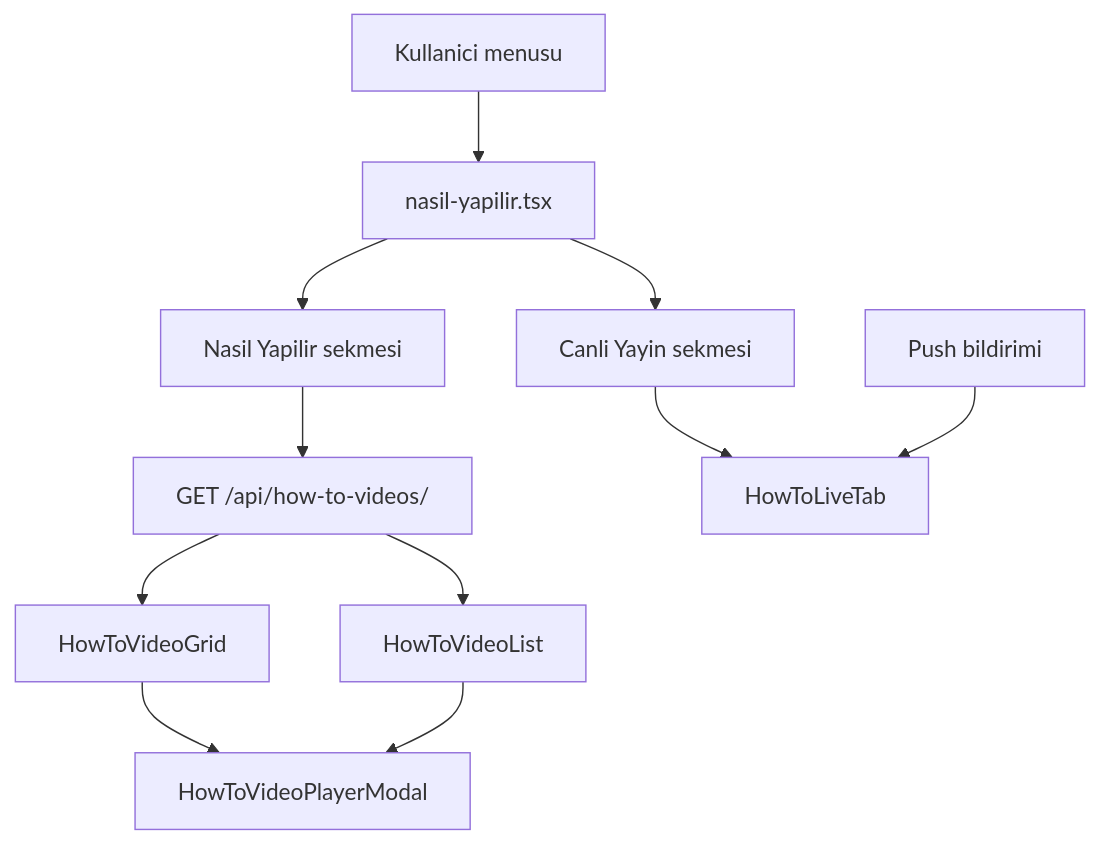
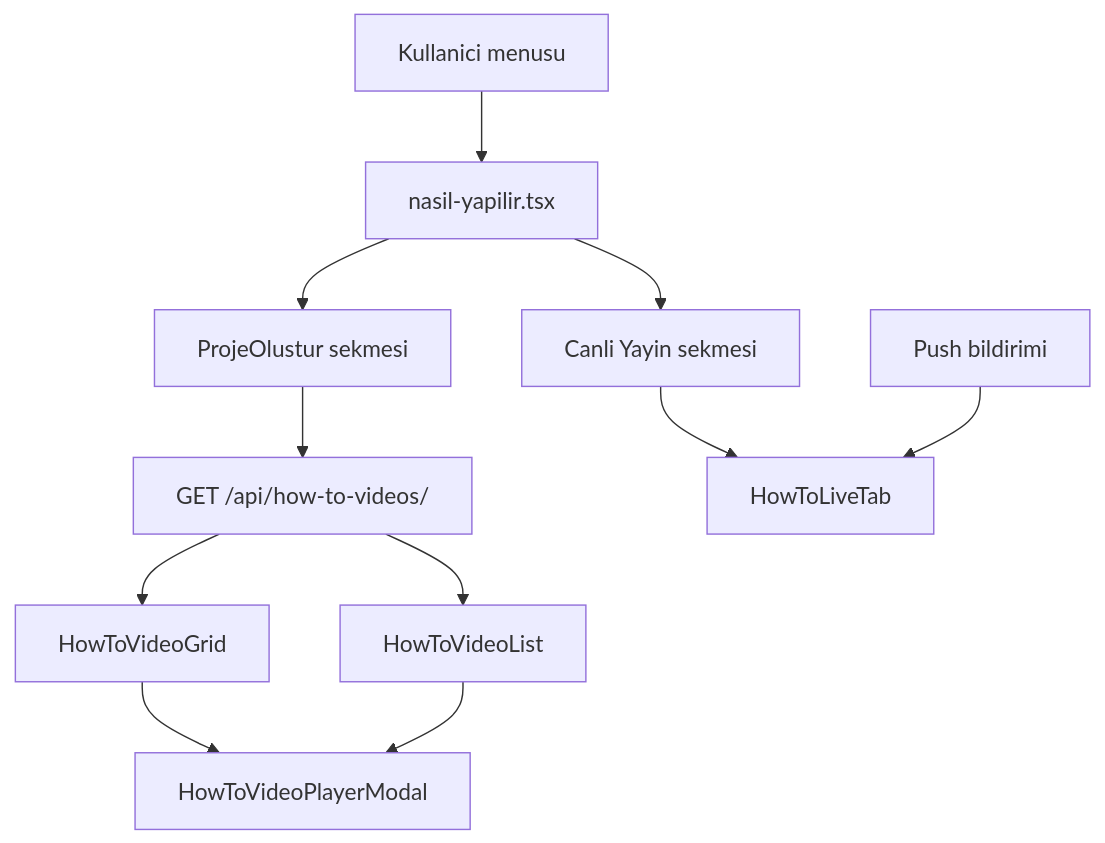
The diagram in docs/components/nasil_yapilir_videolari.md (proparcel/mobil), drawn with Mermaid before and after one commit. The commit also changed other lines of this file and 5 other files, not shown here.

First line of the commit message:
rename: Nasıl Yapılır kullanıcı adını ProjeOlustur yap

````diff
--- a/docs/components/nasil_yapilir_videolari.md
+++ b/docs/components/nasil_yapilir_videolari.md
@@ -7,13 +7,13 @@
 ```mermaid
 flowchart TD
   menu[Kullanici menusu] --> screen[nasil-yapilir.tsx]
-  screen --> tabVideos[Nasil Yapilir sekmesi]
+  screen --> tabVideos[ProjeOlustur sekmesi]
   screen --> tabLive[Canli Yayin sekmesi]
   tabVideos --> api["GET /api/how-to-videos/"]
   api --> grid[HowToVideoGrid]
   api --> list[HowToVideoList]
   grid --> modal[HowToVideoPlayerModal]
   list --> modal
   tabLive --> live[HowToLiveTab]
   push[Push bildirimi] --> live
 ```
````
